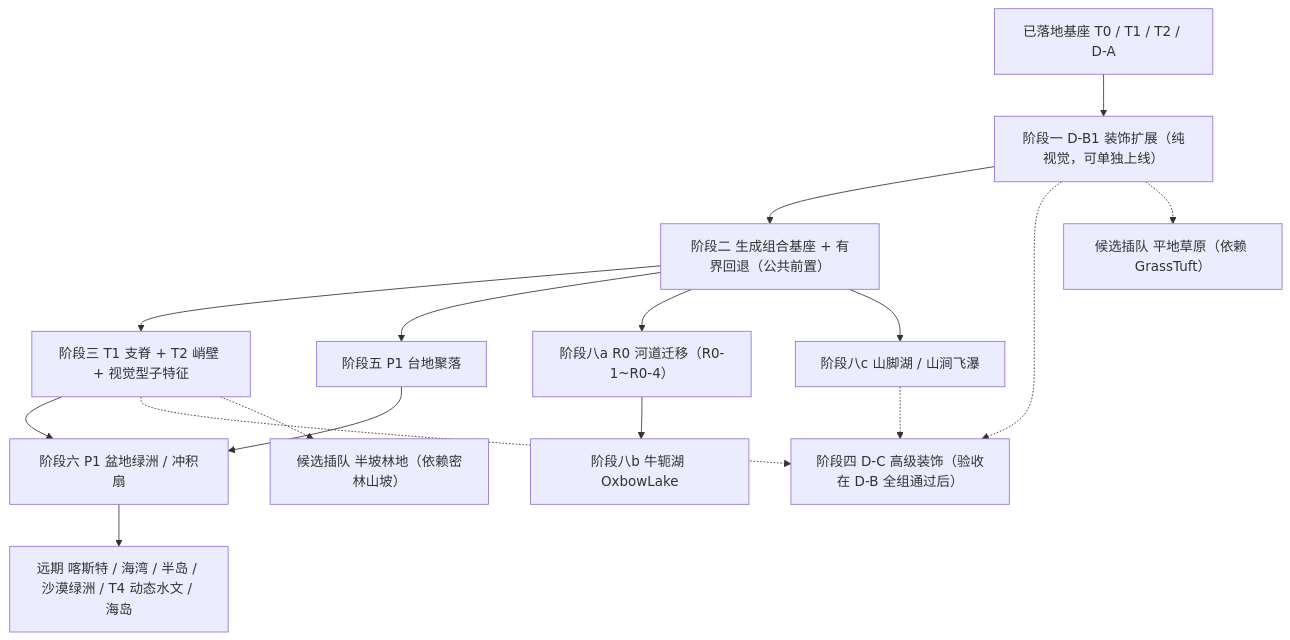
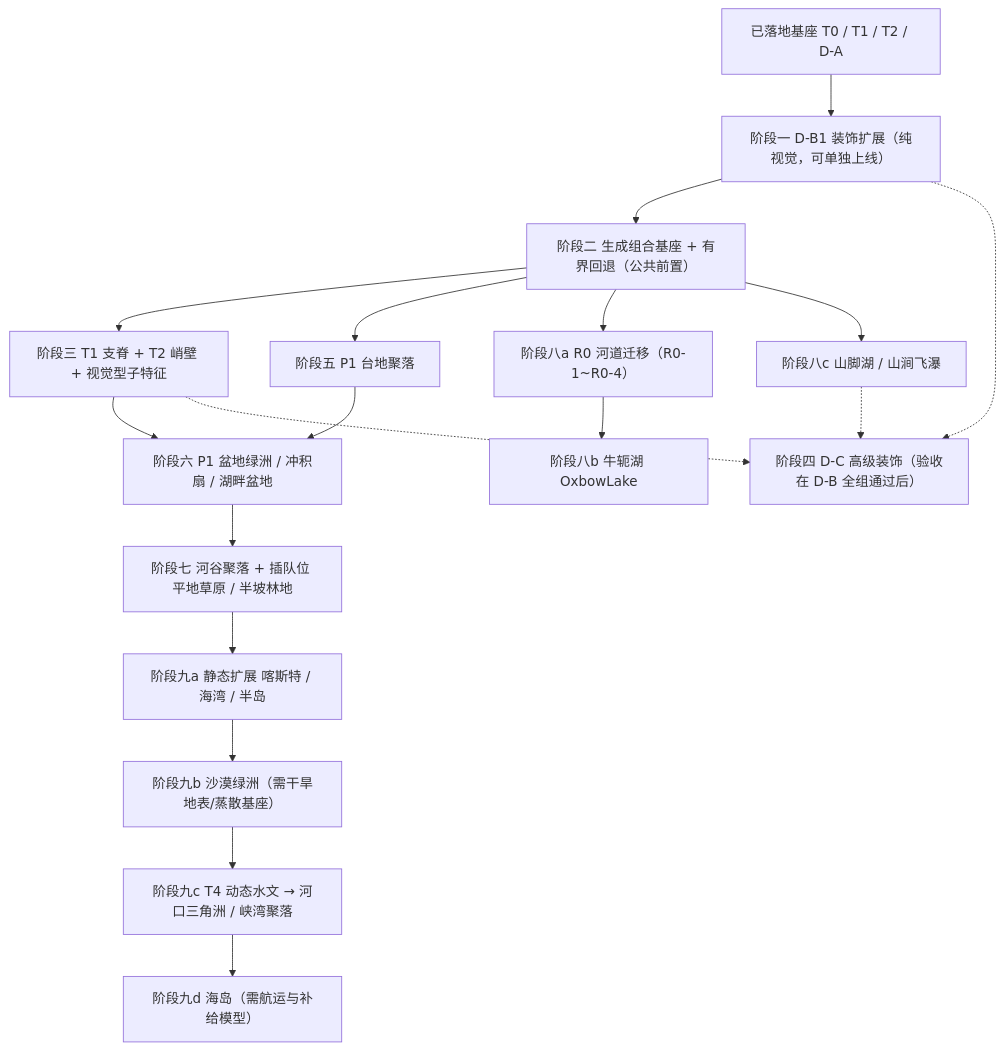
Before and after one commit to g39088902/FlowAndAccord: the first of 2 diagrams in docs/plan/tech/06-terrain-templates.md, drawn with Mermaid. The commit also changed other lines of this file and 33 other files, not shown here.

````diff
--- a/docs/plan/tech/06-terrain-templates.md
+++ b/docs/plan/tech/06-terrain-templates.md
@@ -42,19 +45,21 @@
 ```mermaid
 flowchart TD
     B["已落地基座 T0 / T1 / T2 / D-A"]
     B --> S1["阶段一 D-B1 装饰扩展（纯视觉，可单独上线）"]
     S1 --> S2["阶段二 生成组合基座 + 有界回退（公共前置）"]
     S2 --> S3["阶段三 T1 支脊 + T2 峭壁 + 视觉型子特征"]
     S2 --> S5["阶段五 P1 台地聚落"]
-    S5 --> S6["阶段六 P1 盆地绿洲 / 冲积扇"]
+    S5 --> S6["阶段六 P1 盆地绿洲 / 冲积扇 / 湖畔盆地"]
     S3 --> S6
+    S6 --> S7["阶段七 河谷聚落 + 插队位 平地草原 / 半坡林地"]
+    S7 --> S9A["阶段九a 静态扩展 喀斯特 / 海湾 / 半岛"]
+    S9A --> S9B["阶段九b 沙漠绿洲（需干旱地表/蒸散基座）"]
+    S9B --> S9C["阶段九c T4 动态水文 → 河口三角洲 / 峡湾聚落"]
+    S9C --> S9D["阶段九d 海岛（需航运与补给模型）"]
     S2 --> W1["阶段八a R0 河道迁移（R0-1~R0-4）"]
     W1 --> W2["阶段八b 牛轭湖 OxbowLake"]
     S2 --> W3["阶段八c 山脚湖 / 山涧飞瀑"]
     S1 -.-> S4["阶段四 D-C 高级装饰（验收在 D-B 全组通过后）"]
     S3 -.-> S4
     W3 -.-> S4
-    S1 -.-> G1["候选插队 平地草原（依赖 GrassTuft）"]
-    S3 -.-> G2["候选插队 半坡林地（依赖密林山坡）"]
-    S6 --> FAR["远期 喀斯特 / 海湾 / 半岛 / 沙漠绿洲 / T4 动态水文 / 海岛"]
 ```
````
